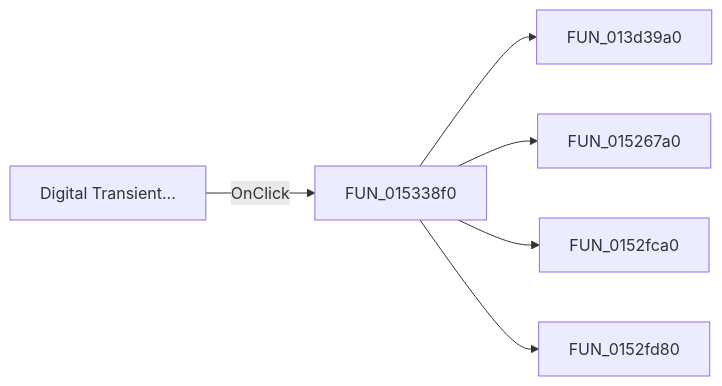
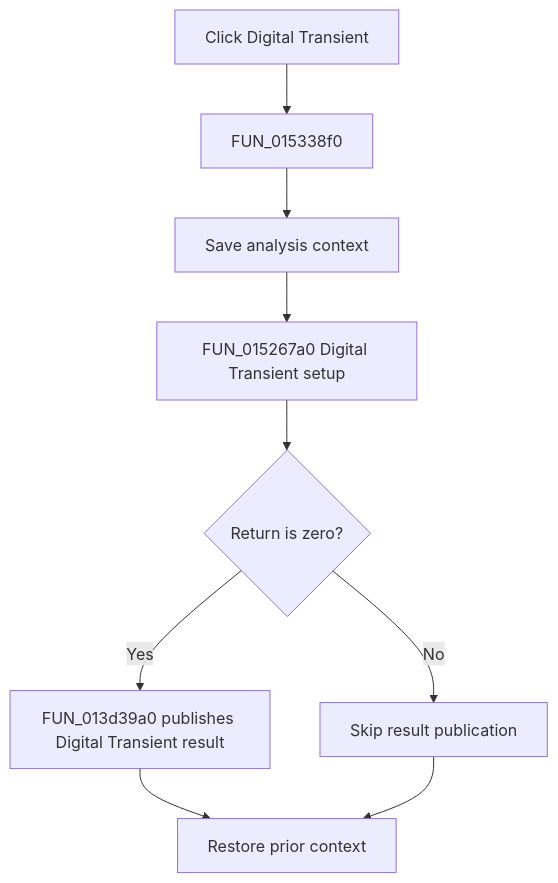
Before and after one commit to MovGP0/TIARA: the diagram in docs/ui-controls/netlisteditor/midigitaltransient-c386aaf509.md, drawn with Mermaid. The commit also changed other lines of this file and 1062 other files, not shown here.

````diff
--- a/docs/ui-controls/netlisteditor/midigitaltransient-c386aaf509.md
+++ b/docs/ui-controls/netlisteditor/midigitaltransient-c386aaf509.md
@@ -27,8 +29,11 @@
 ```mermaid
-flowchart LR
-    control["Digital Transient..."] -->|OnClick| handler["FUN_015338f0"]
-    handler --> call1["FUN_013d39a0"]
-    handler --> call2["FUN_015267a0"]
-    handler --> call3["FUN_0152fca0"]
-    handler --> call4["FUN_0152fd80"]
+flowchart TD
+    control["Click Digital Transient"] --> handler["FUN_015338f0"]
+    handler --> prepare["Save analysis context"]
+    prepare --> setup["FUN_015267a0 Digital Transient setup"]
+    setup --> zero{"Return is zero?"}
+    zero -->|Yes| publish["FUN_013d39a0 publishes Digital Transient result"]
+    zero -->|No| skip["Skip result publication"]
+    publish --> restore["Restore prior context"]
+    skip --> restore
 ```
````
